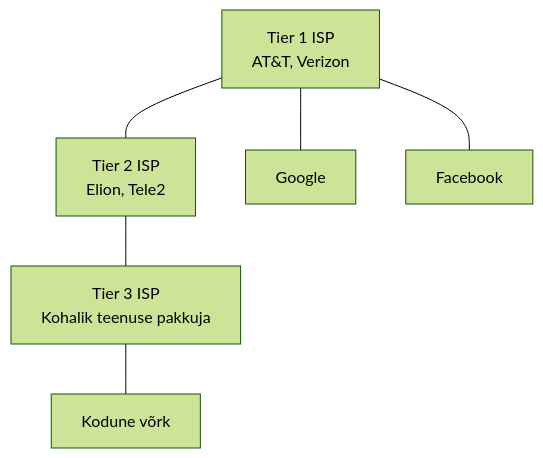
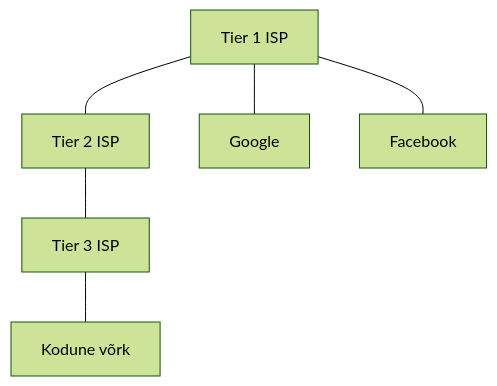
The tenth of 11 diagrams in Lecture/loeng1_slaidid.md (mtalvik/av_alused), drawn with Mermaid (forest theme) before and after one commit. The commit also changed other lines of this file and 2 other files, not shown here.

````diff
--- a/Lecture/loeng1_slaidid.md
+++ b/Lecture/loeng1_slaidid.md
@@ -211,8 +212,8 @@
 ```mermaid
 graph TD
-    ISP1[Tier 1 ISP<br/>AT&T, Verizon] --- ISP2[Tier 2 ISP<br/>Elion, Tele2]
-    ISP2 --- ISP3[Tier 3 ISP<br/>Kohalik teenuse pakkuja]
+    ISP1[Tier 1 ISP] --- ISP2[Tier 2 ISP]
+    ISP2 --- ISP3[Tier 3 ISP]
     ISP3 --- HOME[Kodune võrk]
     ISP1 --- GOOGLE[Google]
     ISP1 --- FACEBOOK[Facebook]
 ```
````
